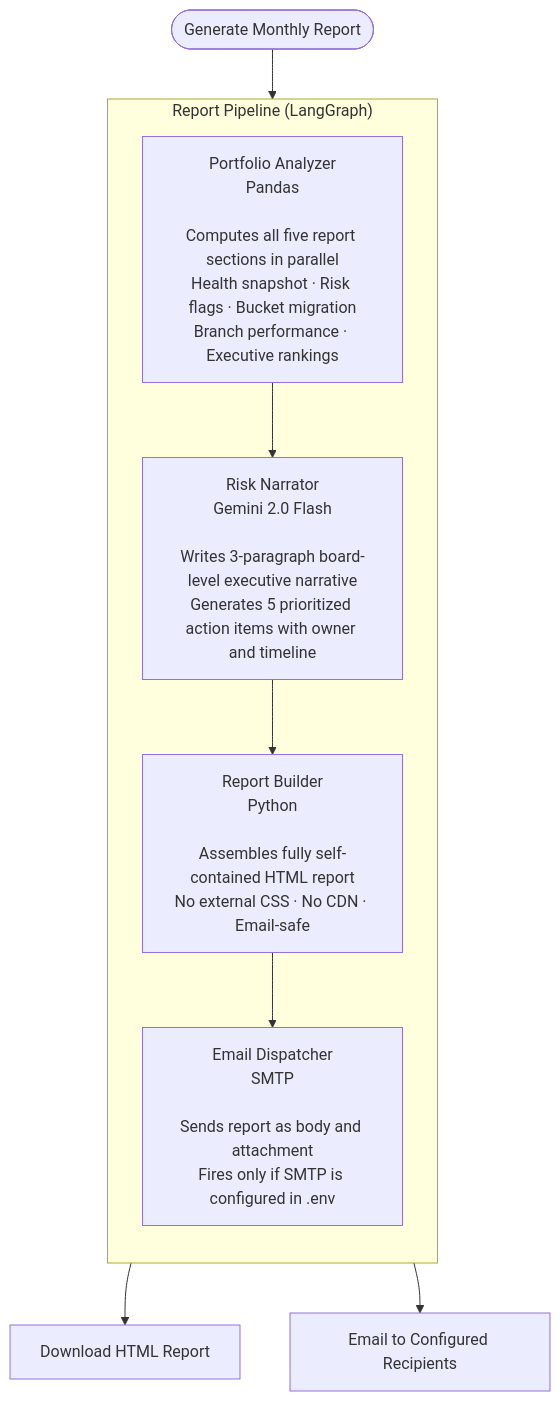
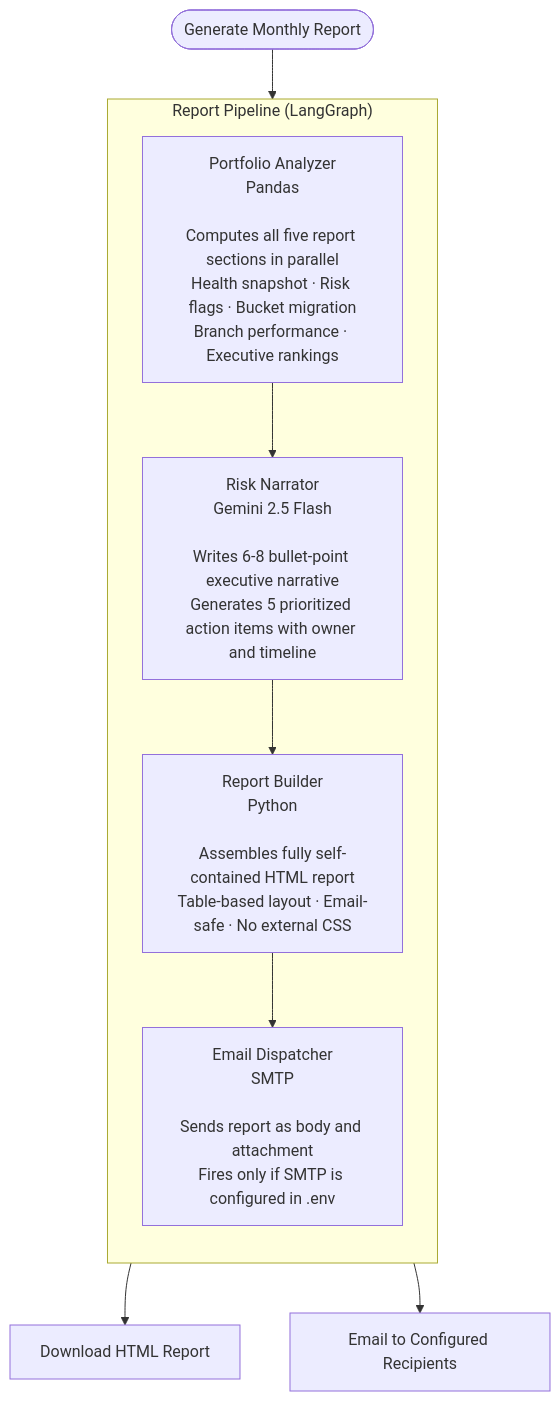
The second of 3 diagrams in README.md (Sanjay-00/CollectionIQ), drawn with Mermaid before and after one commit. The commit also changed other lines of this file, not shown here.

````diff
--- a/README.md
+++ b/README.md
@@ -198,18 +201,18 @@
 ```mermaid
 flowchart TD
     Trigger(["Generate Monthly Report"])
 
     Trigger --> PA
 
     subgraph RP ["  Report Pipeline  (LangGraph)  "]
         direction TB
         PA["Portfolio Analyzer\nPandas\n\nComputes all five report sections in parallel\nHealth snapshot · Risk flags · Bucket migration\nBranch performance · Executive rankings"]
-        RN["Risk Narrator\nGemini 2.0 Flash\n\nWrites 3-paragraph board-level executive narrative\nGenerates 5 prioritized action items with owner and timeline"]
-        RB["Report Builder\nPython\n\nAssembles fully self-contained HTML report\nNo external CSS · No CDN · Email-safe"]
+        RN["Risk Narrator\nGemini 2.5 Flash\n\nWrites 6-8 bullet-point executive narrative\nGenerates 5 prioritized action items with owner and timeline"]
+        RB["Report Builder\nPython\n\nAssembles fully self-contained HTML report\nTable-based layout · Email-safe · No external CSS"]
         ED["Email Dispatcher\nSMTP\n\nSends report as body and attachment\nFires only if SMTP is configured in .env"]
         PA --> RN --> RB --> ED
     end
 
     RB --> DL["Download HTML Report"]
     ED --> EM["Email to Configured Recipients"]
 ```
````
